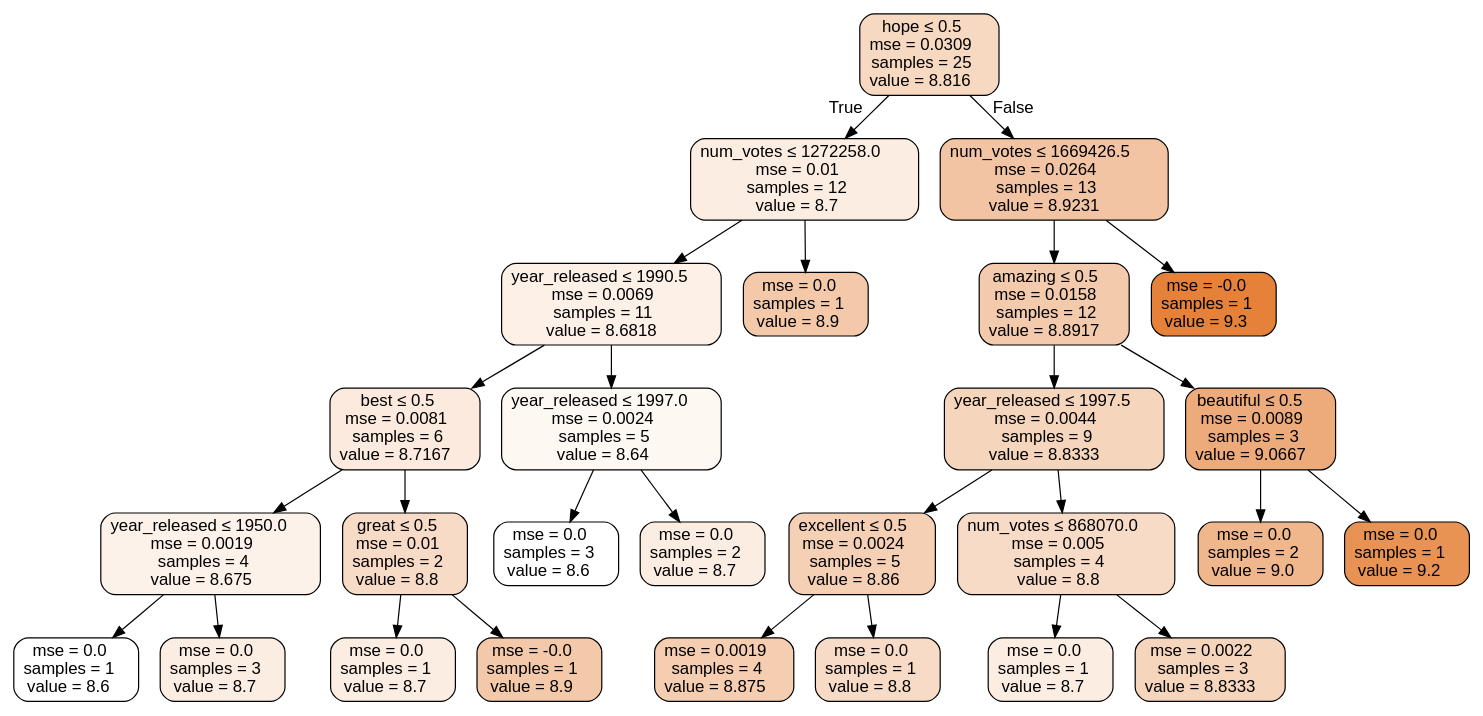
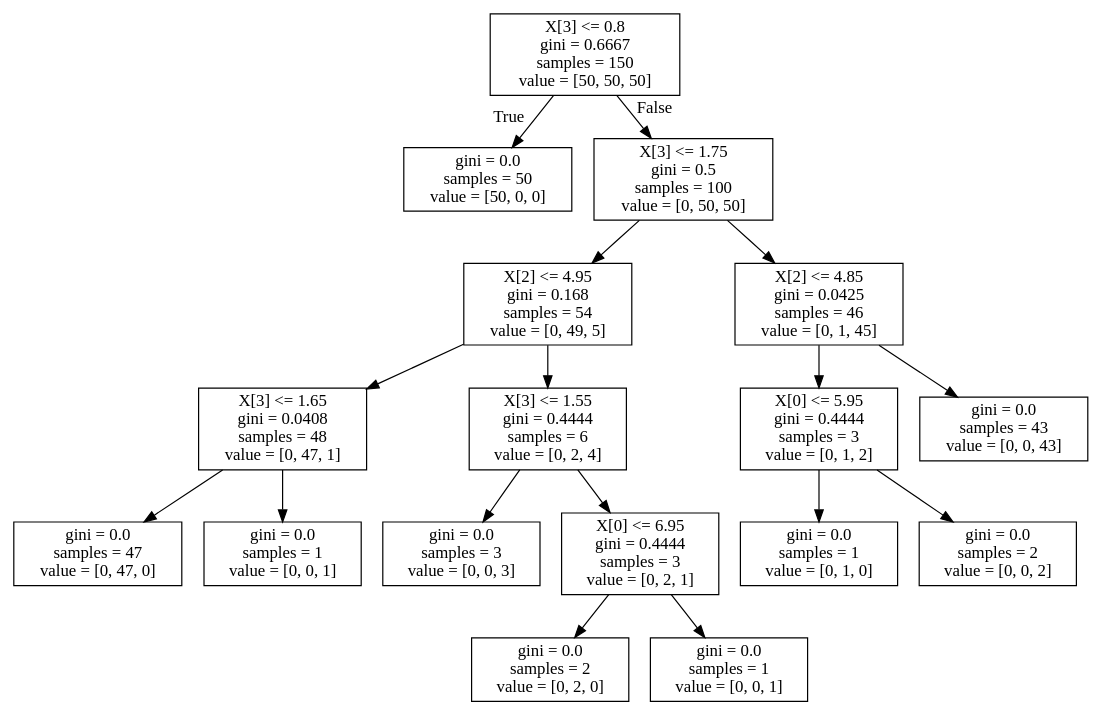
Before and after one commit to sanglee1214/Pandas: the diagram in Project/Project 6/starter-code/tree.dot, drawn with Graphviz. The commit also changed 35 other files, not shown here.

```diff
--- a/Project/Project 6/starter-code/tree.dot
+++ b/Project/Project 6/starter-code/tree.dot
@@ -1,57 +1,36 @@
 digraph Tree {
-node [shape=box, style="filled, rounded", color="black", fontname=helvetica] ;
-edge [fontname=helvetica] ;
-0 [label=<hope &le; 0.5<br/>mse = 0.0309<br/>samples = 25<br/>value = 8.816>, fillcolor="#e581394f"] ;
-1 [label=<num_votes &le; 1272258.0<br/>mse = 0.01<br/>samples = 12<br/>value = 8.7>, fillcolor="#e5813924"] ;
+node [shape=box] ;
+0 [label="X[3] <= 0.8\ngini = 0.6667\nsamples = 150\nvalue = [50, 50, 50]"] ;
+1 [label="gini = 0.0\nsamples = 50\nvalue = [50, 0, 0]"] ;
 0 -> 1 [labeldistance=2.5, labelangle=45, headlabel="True"] ;
-2 [label=<year_released &le; 1990.5<br/>mse = 0.0069<br/>samples = 11<br/>value = 8.6818>, fillcolor="#e581391e"] ;
-1 -> 2 ;
-3 [label=<best &le; 0.5<br/>mse = 0.0081<br/>samples = 6<br/>value = 8.7167>, fillcolor="#e581392b"] ;
+2 [label="X[3] <= 1.75\ngini = 0.5\nsamples = 100\nvalue = [0, 50, 50]"] ;
+0 -> 2 [labeldistance=2.5, labelangle=-45, headlabel="False"] ;
+3 [label="X[2] <= 4.95\ngini = 0.168\nsamples = 54\nvalue = [0, 49, 5]"] ;
 2 -> 3 ;
-4 [label=<year_released &le; 1950.0<br/>mse = 0.0019<br/>samples = 4<br/>value = 8.675>, fillcolor="#e581391b"] ;
+4 [label="X[3] <= 1.65\ngini = 0.0408\nsamples = 48\nvalue = [0, 47, 1]"] ;
 3 -> 4 ;
-5 [label=<mse = 0.0<br/>samples = 1<br/>value = 8.6>, fillcolor="#e5813900"] ;
+5 [label="gini = 0.0\nsamples = 47\nvalue = [0, 47, 0]"] ;
 4 -> 5 ;
-6 [label=<mse = 0.0<br/>samples = 3<br/>value = 8.7>, fillcolor="#e5813924"] ;
+6 [label="gini = 0.0\nsamples = 1\nvalue = [0, 0, 1]"] ;
 4 -> 6 ;
-7 [label=<great &le; 0.5<br/>mse = 0.01<br/>samples = 2<br/>value = 8.8>, fillcolor="#e5813949"] ;
+7 [label="X[3] <= 1.55\ngini = 0.4444\nsamples = 6\nvalue = [0, 2, 4]"] ;
 3 -> 7 ;
-8 [label=<mse = 0.0<br/>samples = 1<br/>value = 8.7>, fillcolor="#e5813924"] ;
+8 [label="gini = 0.0\nsamples = 3\nvalue = [0, 0, 3]"] ;
 7 -> 8 ;
-9 [label=<mse = -0.0<br/>samples = 1<br/>value = 8.9>, fillcolor="#e581396d"] ;
+9 [label="X[0] <= 6.95\ngini = 0.4444\nsamples = 3\nvalue = [0, 2, 1]"] ;
 7 -> 9 ;
-10 [label=<year_released &le; 1997.0<br/>mse = 0.0024<br/>samples = 5<br/>value = 8.64>, fillcolor="#e581390f"] ;
-2 -> 10 ;
-11 [label=<mse = 0.0<br/>samples = 3<br/>value = 8.6>, fillcolor="#e5813900"] ;
-10 -> 11 ;
-12 [label=<mse = 0.0<br/>samples = 2<br/>value = 8.7>, fillcolor="#e5813924"] ;
-10 -> 12 ;
-13 [label=<mse = 0.0<br/>samples = 1<br/>value = 8.9>, fillcolor="#e581396d"] ;
-1 -> 13 ;
-14 [label=<num_votes &le; 1669426.5<br/>mse = 0.0264<br/>samples = 13<br/>value = 8.9231>, fillcolor="#e5813976"] ;
-0 -> 14 [labeldistance=2.5, labelangle=-45, headlabel="False"] ;
-15 [label=<amazing &le; 0.5<br/>mse = 0.0158<br/>samples = 12<br/>value = 8.8917>, fillcolor="#e581396a"] ;
-14 -> 15 ;
-16 [label=<year_released &le; 1997.5<br/>mse = 0.0044<br/>samples = 9<br/>value = 8.8333>, fillcolor="#e5813955"] ;
-15 -> 16 ;
-17 [label=<excellent &le; 0.5<br/>mse = 0.0024<br/>samples = 5<br/>value = 8.86>, fillcolor="#e581395f"] ;
-16 -> 17 ;
-18 [label=<mse = 0.0019<br/>samples = 4<br/>value = 8.875>, fillcolor="#e5813964"] ;
-17 -> 18 ;
-19 [label=<mse = 0.0<br/>samples = 1<br/>value = 8.8>, fillcolor="#e5813949"] ;
-17 -> 19 ;
-20 [label=<num_votes &le; 868070.0<br/>mse = 0.005<br/>samples = 4<br/>value = 8.8>, fillcolor="#e5813949"] ;
-16 -> 20 ;
-21 [label=<mse = 0.0<br/>samples = 1<br/>value = 8.7>, fillcolor="#e5813924"] ;
-20 -> 21 ;
-22 [label=<mse = 0.0022<br/>samples = 3<br/>value = 8.8333>, fillcolor="#e5813955"] ;
-20 -> 22 ;
-23 [label=<beautiful &le; 0.5<br/>mse = 0.0089<br/>samples = 3<br/>value = 9.0667>, fillcolor="#e58139aa"] ;
-15 -> 23 ;
-24 [label=<mse = 0.0<br/>samples = 2<br/>value = 9.0>, fillcolor="#e5813992"] ;
-23 -> 24 ;
-25 [label=<mse = 0.0<br/>samples = 1<br/>value = 9.2>, fillcolor="#e58139db"] ;
-23 -> 25 ;
-26 [label=<mse = -0.0<br/>samples = 1<br/>value = 9.3>, fillcolor="#e58139ff"] ;
-14 -> 26 ;
+10 [label="gini = 0.0\nsamples = 2\nvalue = [0, 2, 0]"] ;
+9 -> 10 ;
+11 [label="gini = 0.0\nsamples = 1\nvalue = [0, 0, 1]"] ;
+9 -> 11 ;
+12 [label="X[2] <= 4.85\ngini = 0.0425\nsamples = 46\nvalue = [0, 1, 45]"] ;
+2 -> 12 ;
+13 [label="X[0] <= 5.95\ngini = 0.4444\nsamples = 3\nvalue = [0, 1, 2]"] ;
+12 -> 13 ;
+14 [label="gini = 0.0\nsamples = 1\nvalue = [0, 1, 0]"] ;
+13 -> 14 ;
+15 [label="gini = 0.0\nsamples = 2\nvalue = [0, 0, 2]"] ;
+13 -> 15 ;
+16 [label="gini = 0.0\nsamples = 43\nvalue = [0, 0, 43]"] ;
+12 -> 16 ;
 }
```
